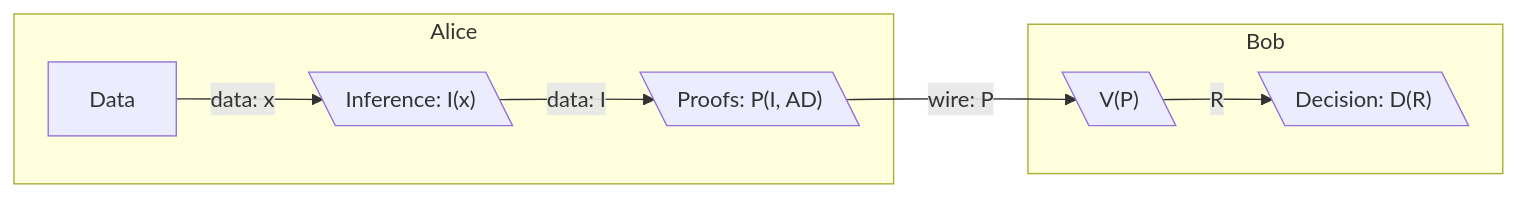
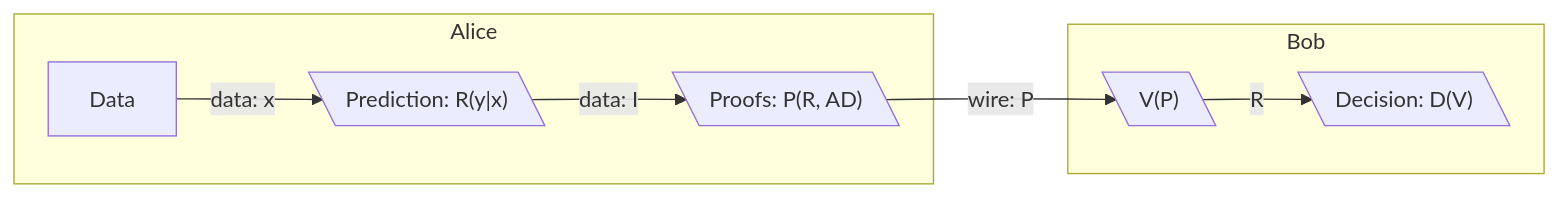
The first of 5 diagrams in zkips/ZKIP-001-Computing-Zero-Knowledge-Edge-Inferences.md (iamalwaysuncomfortable/zk-counterparty), drawn with Mermaid before and after one commit. The commit also changed other lines of this file, not shown here.

````diff
--- a/zkips/ZKIP-001-Computing-Zero-Knowledge-Edge-Inferences.md
+++ b/zkips/ZKIP-001-Computing-Zero-Knowledge-Edge-Inferences.md
@@ -42,11 +39,11 @@
 ```mermaid
 flowchart LR
     subgraph Alice
-    A[Data]-->|data: x|B[\"Inference: I(x)"\]
-    B -->|data: I|C[\"Proofs: P(I, AD)"\]
+    A[Data]-->|data: x|B[\"Prediction: R(y|x)"\]
+    B -->|data: I|C[\"Proofs: P(R, AD)"\]
     end
     subgraph Bob
     C -->|wire: P| D[\"V(P)"\]
-    D -->|R|E[\"Decision: D(R)"\]
+    D -->|R|E[\"Decision: D(V)"\]
     end
 ```
````
